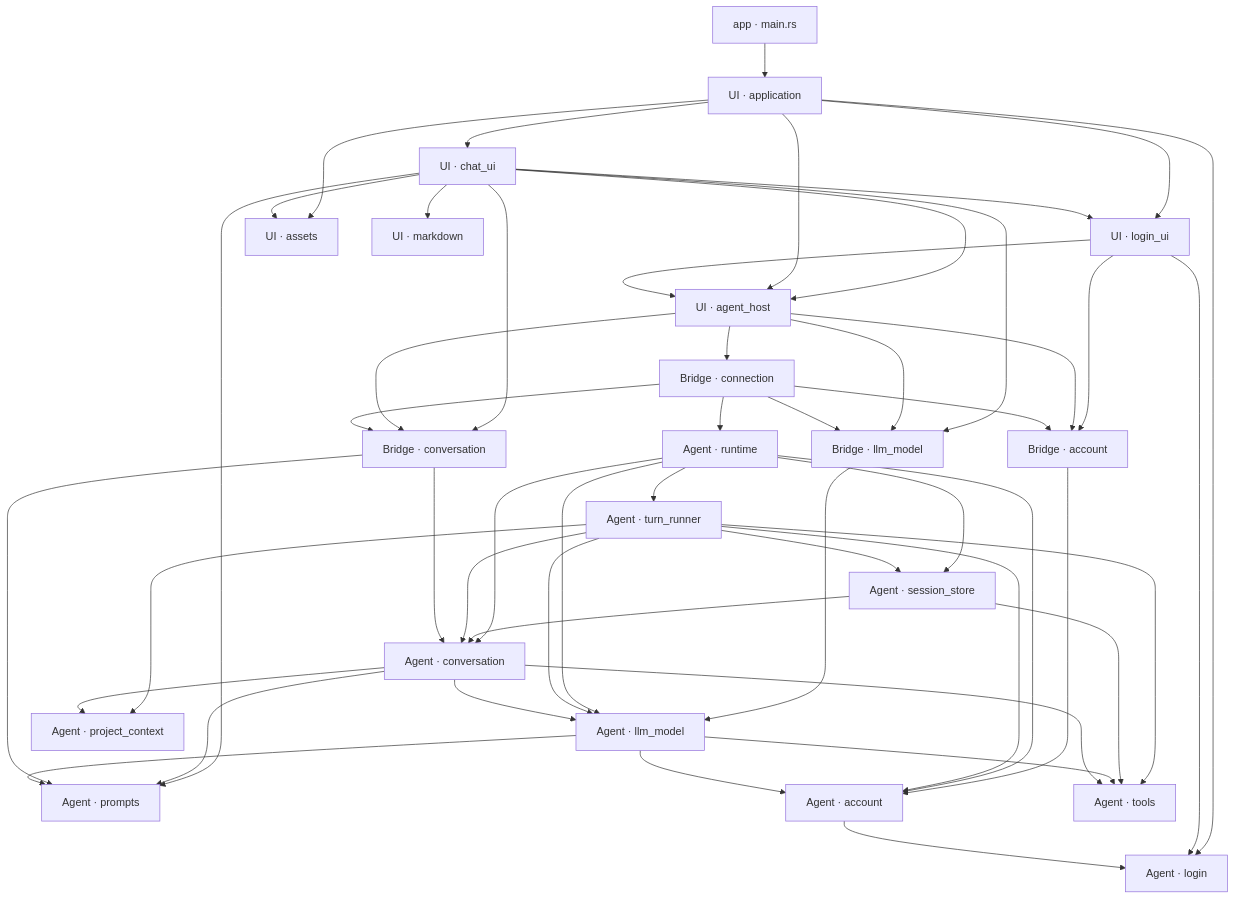
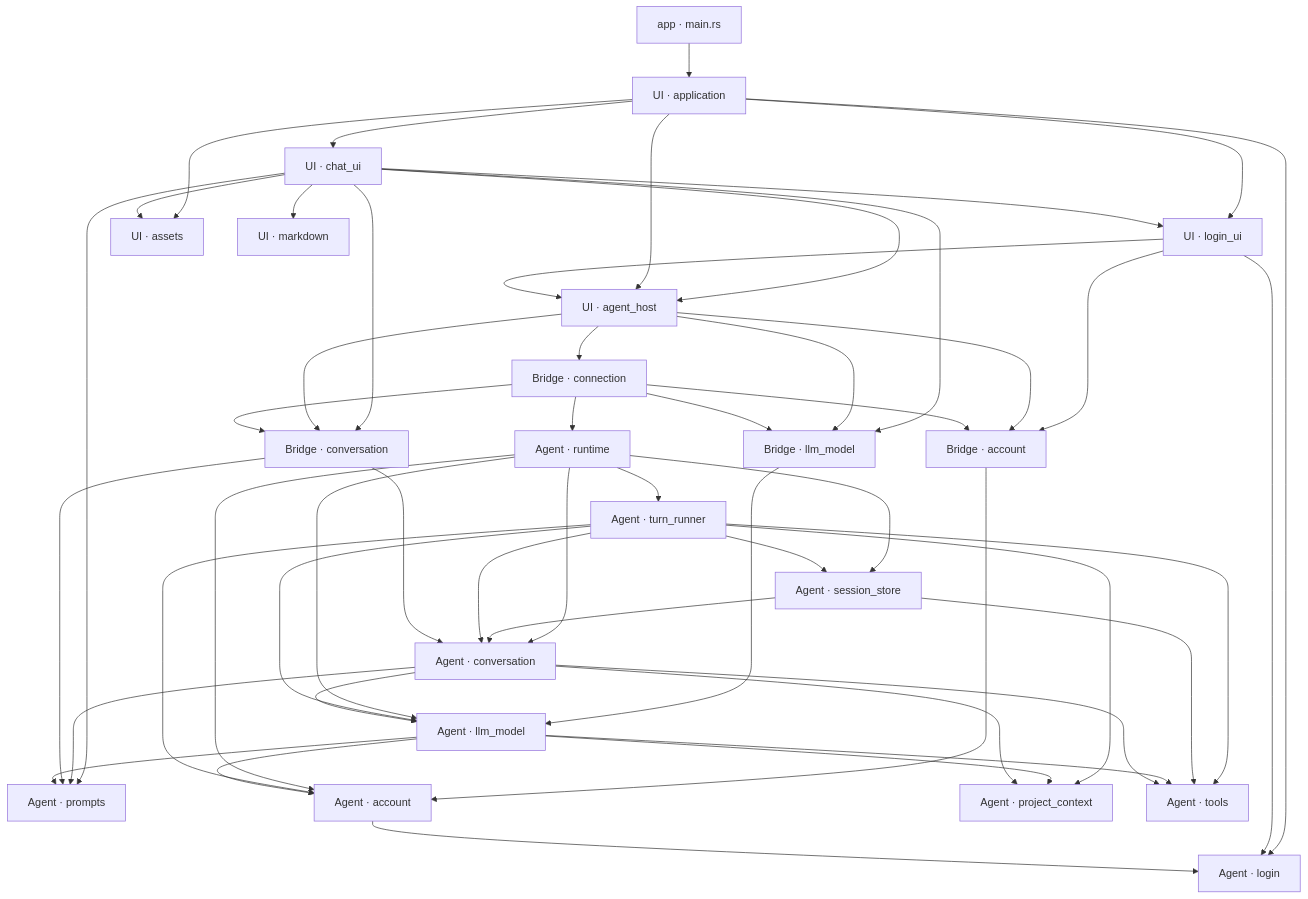
One commit to slc90/Agentelier changed the first of 3 diagrams in docs/design/architecture.md. Above: the diagram before and after it, drawn with Mermaid. The commit also changed other lines of this file and 24 other files, not shown here.

First line of the commit message:
Persist project instructions in frozen model requests

````diff
--- a/docs/design/architecture.md
+++ b/docs/design/architecture.md
@@ -34,52 +34,53 @@
 ```mermaid
 flowchart TD
     Entry["app · main.rs"] --> App["UI · application"]
     App --> UI["UI · login_ui"]
     App --> Assets["UI · assets"]
     App --> Login["Agent · login"]
     UI --> Login
     App --> ChatUI["UI · chat_ui"]
     ChatUI --> Markdown["UI · markdown"]
     ChatUI --> UI
     ChatUI --> Host
     App --> Host["UI · agent_host"]
     UI --> Host
     Host --> Connection["Bridge · connection"]
     UI --> AccountBridge["Bridge · account"]
     ChatUI --> ModelBridge["Bridge · llm_model"]
     ChatUI --> ConversationBridge["Bridge · conversation"]
     ChatUI --> Prompts["Agent · prompts"]
     ChatUI --> Assets
     Host --> AccountBridge
     Host --> ModelBridge
     Host --> ConversationBridge
     Connection --> Runtime["Agent · runtime"]
     Connection --> AccountBridge
     Connection --> ModelBridge
     Connection --> ConversationBridge
     AccountBridge --> Account["Agent · account"]
     ModelBridge --> Model["Agent · llm_model"]
     Runtime --> Account
     Runtime --> Model
     Runtime --> Conversation["Agent · conversation"]
     Runtime --> SessionStore["Agent · session_store"]
     SessionStore --> Conversation
     Runtime --> Runner["Agent · turn_runner"]
     Runner --> Conversation
     Runner --> ProjectContext["Agent · project_context"]
     Runner --> Model
     Runner --> Account
     Runner --> Tools["Agent · tools"]
     Runner --> SessionStore
     SessionStore --> Tools
+    Model --> ProjectContext
     Model --> Tools
     Conversation --> Tools
     Conversation --> Model
     Conversation --> Prompts
     Conversation --> ProjectContext
     ConversationBridge --> Conversation
     ConversationBridge --> Prompts
     Model --> Prompts
     Model --> Account
     Account --> Login
 ```
````
